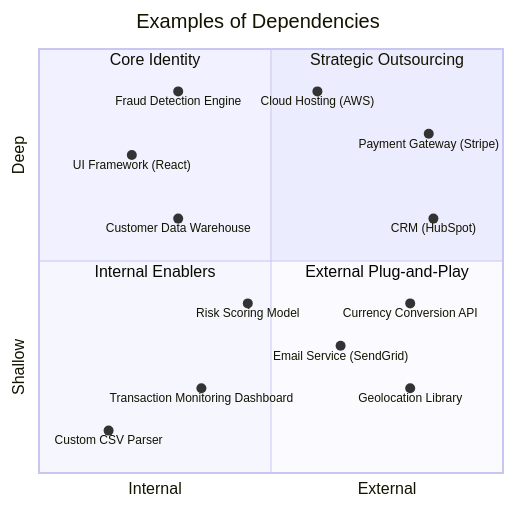
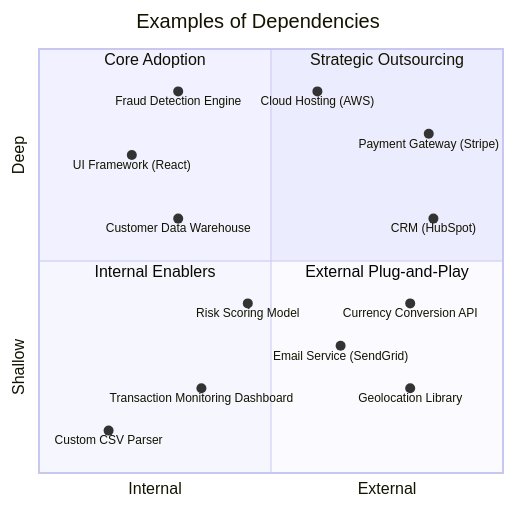
One commit to szgaljic/f6 changed the diagram in content/docs/foundations/dependency.md. Above: the diagram before and after it, drawn with Mermaid. The commit also changed other lines of this file, not shown here.

````diff
--- a/content/docs/foundations/dependency.md
+++ b/content/docs/foundations/dependency.md
@@ -57,26 +57,26 @@
 ```mermaid
 quadrantChart
     title Examples of Dependencies
     x-axis Internal --> External
     y-axis Shallow --> Deep
     quadrant-1 "Strategic Outsourcing"
-    quadrant-2 "Core Identity"
+    quadrant-2 "Core Adoption"
     quadrant-3 "Internal Enablers"
     quadrant-4 "External Plug-and-Play"
     
     "Fraud Detection Engine"           : [0.3, 0.9]
     "Customer Data Warehouse"          : [0.3, 0.6]
     "UI Framework (React)"             : [0.2, 0.75]
 
     "Risk Scoring Model"               : [0.45, 0.4]
     "Transaction Monitoring Dashboard" : [0.35, 0.2]
     "Custom CSV Parser"                : [0.15, 0.1]    
     
     "Cloud Hosting (AWS)"              : [0.6, 0.9]
     "Payment Gateway (Stripe)"         : [0.84, 0.8]
     "CRM (HubSpot)"                    : [0.85, 0.6]
 
     "Currency Conversion API"         : [0.8, 0.4]
     "Geolocation Library"             : [0.8, 0.2]
     "Email Service (SendGrid)"        : [0.65, 0.3]
 ```
````
